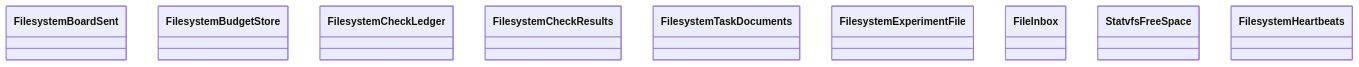
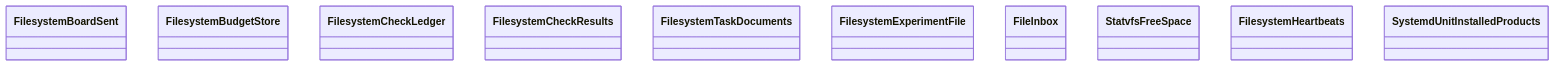
The diagram in docs/architecture/generated/classes-process-adapters-filesystem-1.md (GonzaloZevallos/agentic-system), drawn with Mermaid before and after one commit. The commit also changed 20 other files, not shown here.

Commit message:
Regenerate the architecture docs for the notifier ports and FilesystemNotified

````diff
--- a/docs/architecture/generated/classes-process-adapters-filesystem-1.md
+++ b/docs/architecture/generated/classes-process-adapters-filesystem-1.md
@@ -12,12 +12,13 @@
 ```mermaid
 classDiagram
     class filesystem__board_sent__FilesystemBoardSent["FilesystemBoardSent"]
     class filesystem__budget_store__FilesystemBudgetStore["FilesystemBudgetStore"]
     class filesystem__check_ledger__FilesystemCheckLedger["FilesystemCheckLedger"]
     class filesystem__check_results__FilesystemCheckResults["FilesystemCheckResults"]
     class filesystem__documents__FilesystemTaskDocuments["FilesystemTaskDocuments"]
     class filesystem__experiment_file__FilesystemExperimentFile["FilesystemExperimentFile"]
     class filesystem__file_inbox__FileInbox["FileInbox"]
     class filesystem__free_space__StatvfsFreeSpace["StatvfsFreeSpace"]
     class filesystem__heartbeats__FilesystemHeartbeats["FilesystemHeartbeats"]
+    class filesystem__installed_products__SystemdUnitInstalledProducts["SystemdUnitInstalledProducts"]
 ```
````
